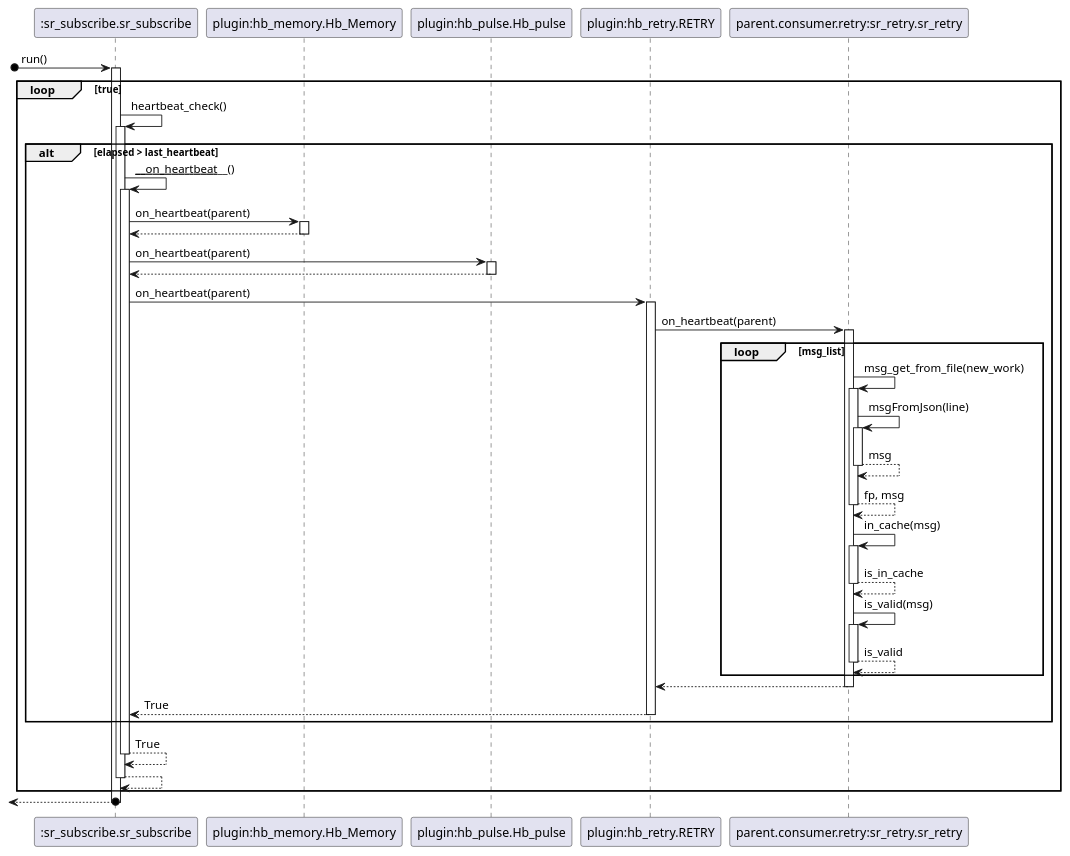
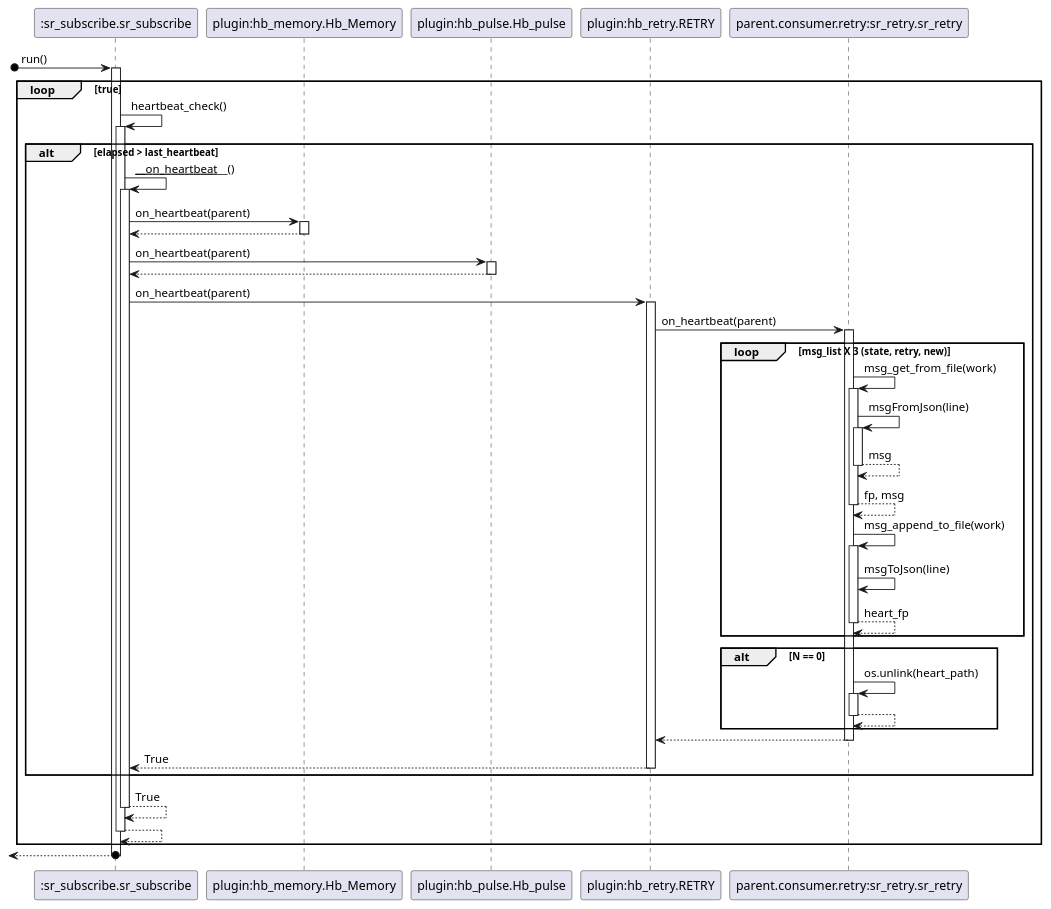
Before and after one commit to MetPX/sarracenia: the diagram in doc/design/uml/Retry.puml, drawn with PlantUML. The commit also changed 1 other file, not shown here.

Commit message:
Moved fix to msgToJSON method.
So it is more inline with actual message serialization procedure

```diff
--- a/doc/design/uml/Retry.puml
+++ b/doc/design/uml/Retry.puml
@@ -1,49 +1,52 @@
 @startuml
 participant ":sr_subscribe.sr_subscribe" as ss
 participant "plugin:hb_memory.Hb_Memory" as hbm
 participant "plugin:hb_pulse.Hb_pulse" as hbp
 participant "plugin:hb_retry.RETRY" as hbr
 participant "parent.consumer.retry:sr_retry.sr_retry" as sr
 
 ''''''Heartbeat run''''''
 [o-> ss: run()
 loop true
  activate ss
  ss -> ss: heartbeat_check()
   activate ss
   alt elapsed > last_heartbeat
    ss -> ss: ____on_heartbeat____()
     activate ss
      ss -> hbm: on_heartbeat(parent)
       activate hbm
       return
      ss -> hbp: on_heartbeat(parent)
       activate hbp
       return
      ss -> hbr: on_heartbeat(parent)
       activate hbr
       hbr -> sr: on_heartbeat(parent)
        activate sr
-       loop msg_list
-        sr -> sr: msg_get_from_file(new_work)
+       loop msg_list X 3 (state, retry, new)
+        sr -> sr: msg_get_from_file(work)
          activate sr
          sr -> sr: msgFromJson(line)
           activate sr
           return msg
          return fp, msg
-        sr -> sr: in_cache(msg)
+        sr -> sr: msg_append_to_file(work)
          activate sr
-         return is_in_cache
-        sr -> sr: is_valid(msg)
+         sr -> sr: msgToJson(line)
+         return heart_fp
+       end loop
+        alt N == 0
+         sr -> sr: os.unlink(heart_path)
          activate sr
-         return is_valid
-       end loop
+         return
+        end alt
       return
     return True
   end alt
   return True
  return
 end loop
 [<--o ss
 deactivate ss
 @enduml
```
